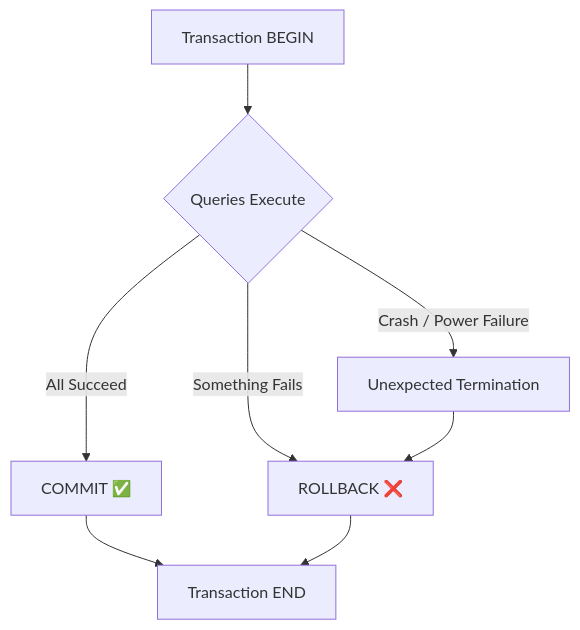
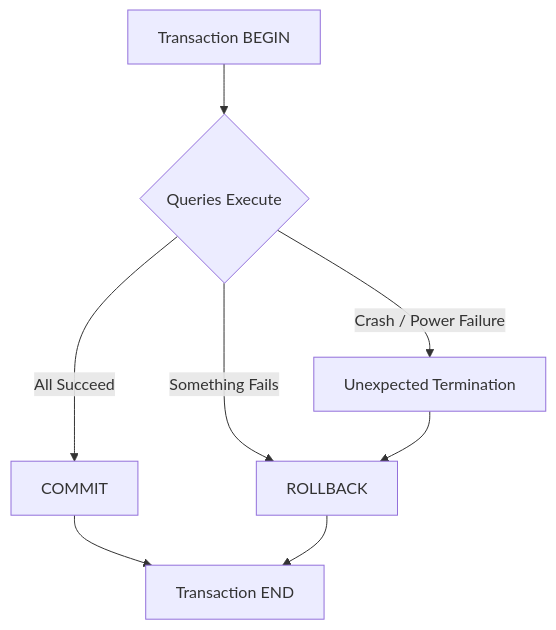
Before and after one commit to Patel-Neel-346/Notes: the second of 3 diagrams in Database/ACID/Transaction.md, drawn with Mermaid. The commit also changed other lines of this file and 1 other file, not shown here.

````diff
--- a/Database/ACID/Transaction.md
+++ b/Database/ACID/Transaction.md
@@ -61,10 +61,10 @@
 ```mermaid
 flowchart TD
     A[Transaction BEGIN] --> B{Queries Execute}
-    B -->|All Succeed| C[COMMIT ✅]
-    B -->|Something Fails| D[ROLLBACK ❌]
+    B -->|All Succeed| C[COMMIT]
+    B -->|Something Fails| D[ROLLBACK]
     B -->|Crash / Power Failure| E[Unexpected Termination]
     E --> D
     C --> F[Transaction END]
     D --> F
 ```
````
